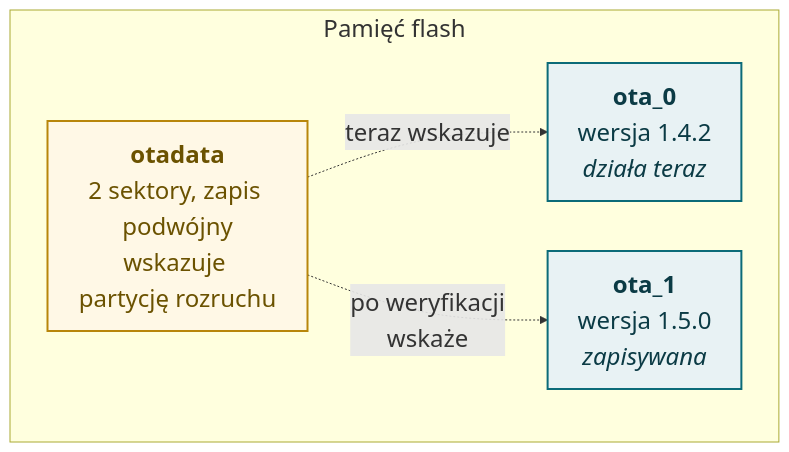
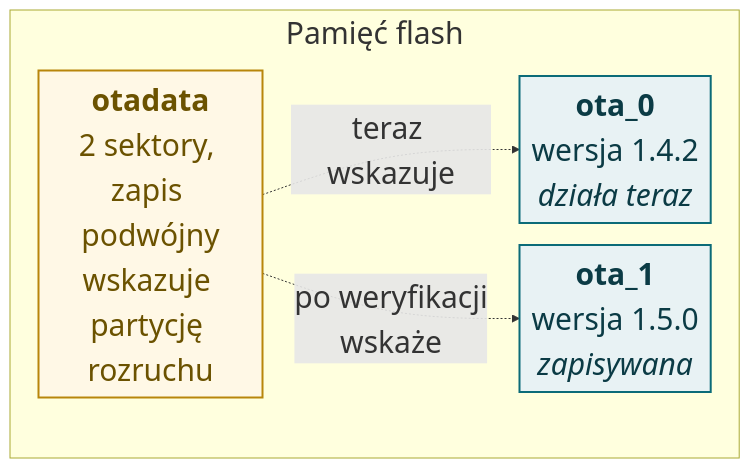
Before and after one commit to moondec/iot_lectures: the second of 3 diagrams in slides/03-lacznosc-i-ota.qmd, drawn with Mermaid. The commit also changed other lines of this file and 17 other files, not shown here.

First line of the commit message:
Make Mermaid diagrams legible and stop label clipping

````diff
--- a/slides/03-lacznosc-i-ota.qmd
+++ b/slides/03-lacznosc-i-ota.qmd
@@ -351,17 +348,17 @@
 ```{mermaid}
 %%| fig-width: 7.4
 %%| fig-height: 4.2
-%%{init: {"themeVariables": {"fontSize": "24px"}}}%%
+%%{init: {"themeVariables": {"fontSize": "30px"}, "flowchart": {"nodeSpacing": 22, "rankSpacing": 32, "padding": 6, "diagramPadding": 4}}}%%
 flowchart TD
     subgraph F["Pamięć flash"]
       O0["<b>ota_0</b><br>wersja 1.4.2<br><i>działa teraz</i>"]
       O1["<b>ota_1</b><br>wersja 1.5.0<br><i>zapisywana</i>"]
       OD["<b>otadata</b><br>2 sektory, zapis podwójny<br>wskazuje partycję rozruchu"]
     end
     OD -. "teraz wskazuje" .-> O0
     OD -. "po weryfikacji<br>wskaże" .-> O1
     classDef a fill:#e8f2f4,stroke:#0b6b78,stroke-width:2px,color:#0b3b45
     classDef d fill:#fff8e6,stroke:#b8860b,stroke-width:2px,color:#6b5200
     class O0,O1 a
     class OD d
 ```
````
